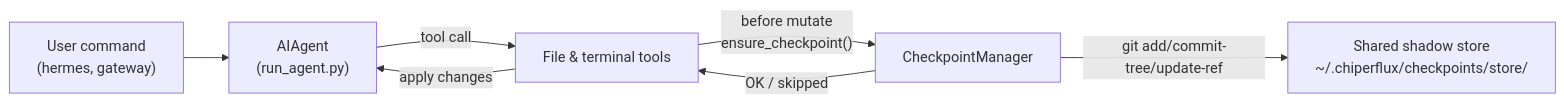
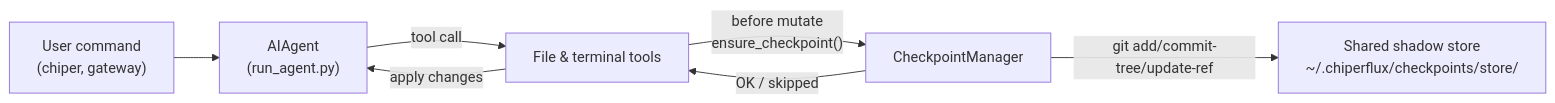
Before and after one commit to iamtubasya/chiper-agent: the diagram in website/docs/user-guide/checkpoints-and-rollback.md, drawn with Mermaid. The commit also changed other lines of this file and 2395 other files, not shown here.

````diff
--- a/website/docs/user-guide/checkpoints-and-rollback.md
+++ b/website/docs/user-guide/checkpoints-and-rollback.md
@@ -69,15 +69,15 @@
 ```mermaid
 flowchart LR
-  user["User command\n(hermes, gateway)"]
+  user["User command\n(chiper, gateway)"]
   agent["AIAgent\n(run_agent.py)"]
   tools["File & terminal tools"]
   cpMgr["CheckpointManager"]
   store["Shared shadow store\n~/.chiperflux/checkpoints/store/"]
 
   user --> agent
   agent -->|"tool call"| tools
   tools -->|"before mutate\nensure_checkpoint()"| cpMgr
   cpMgr -->|"git add/commit-tree/update-ref"| store
   cpMgr -->|"OK / skipped"| tools
   tools -->|"apply changes"| agent
 ```
````
